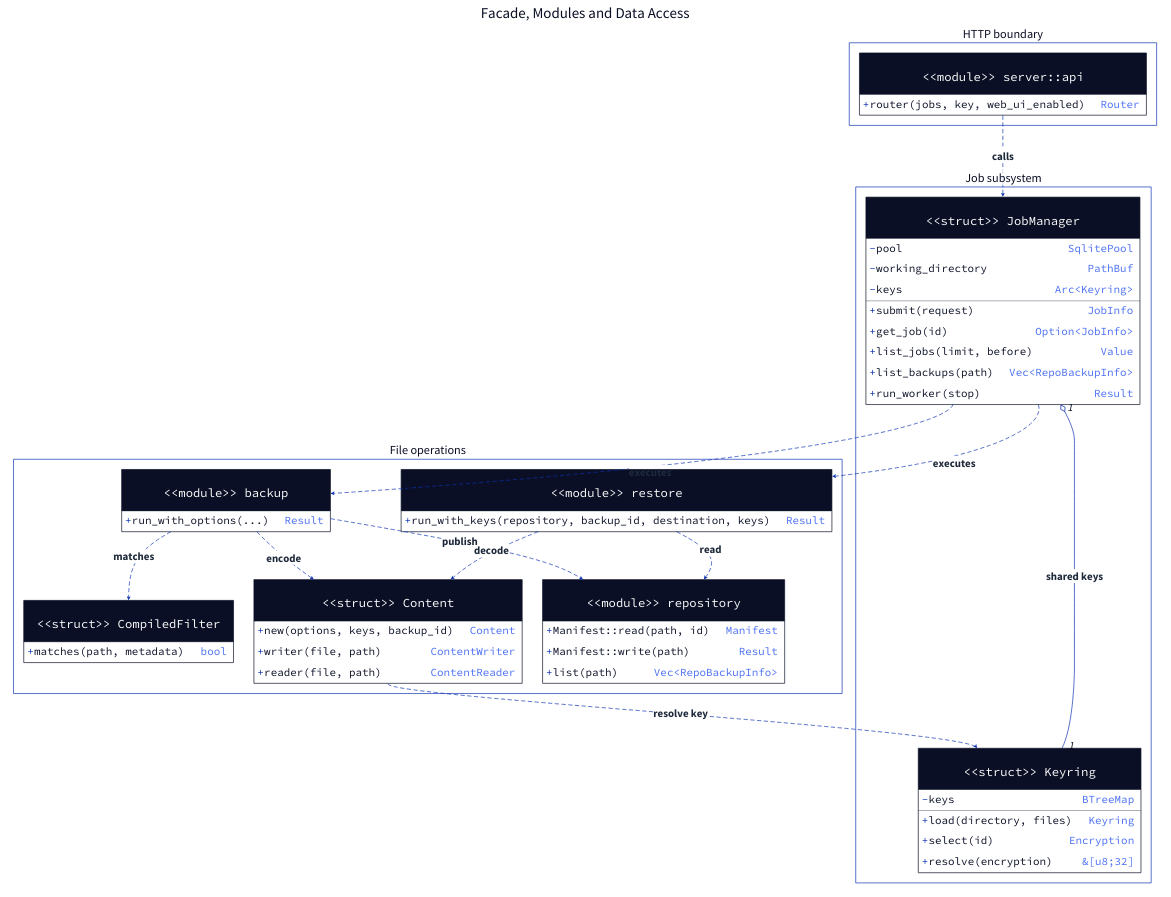
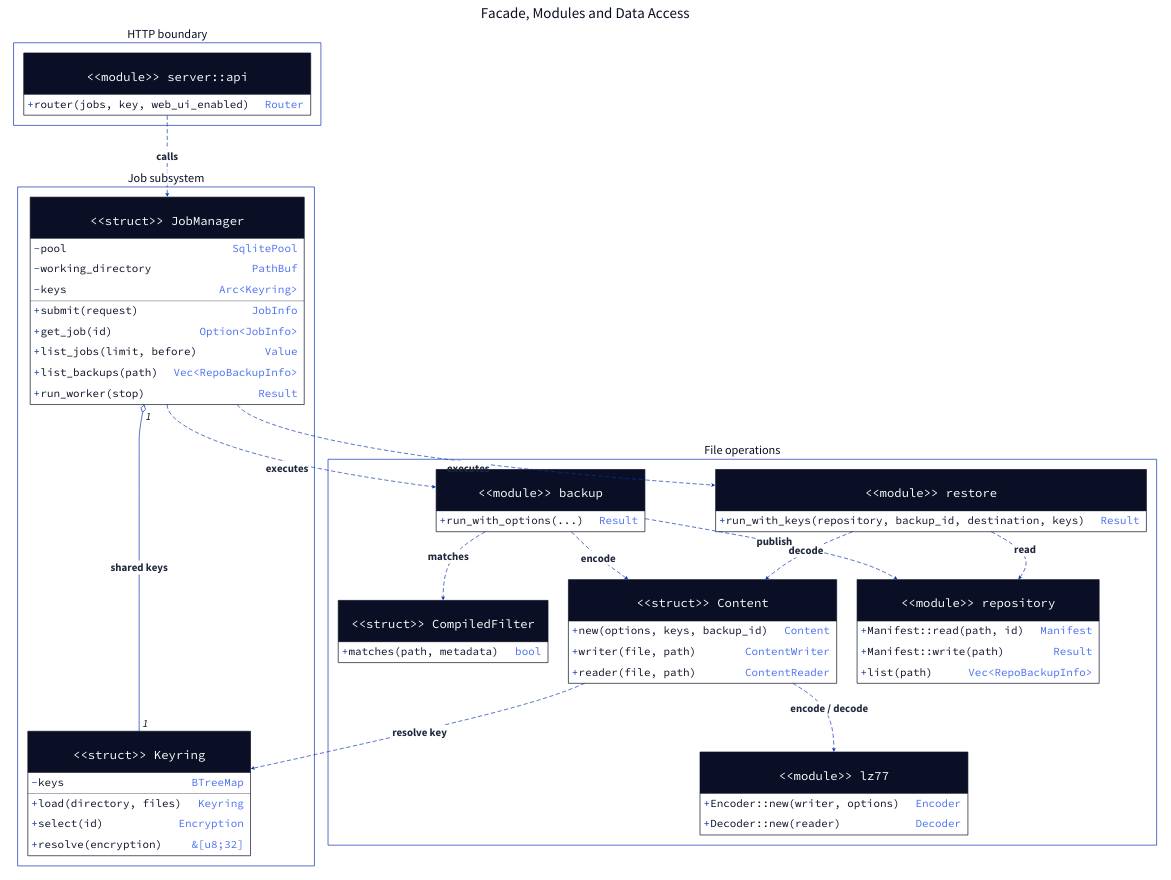
The diagram in docs/report/generated/system-class-services.d2 (qi7876/software-development-exp), drawn with D2 before and after one commit. The commit also changed 40 other files, not shown here.

```diff
--- a/docs/report/generated/system-class-services.d2
+++ b/docs/report/generated/system-class-services.d2
@@ -1,111 +1,120 @@
 # Generated from docs/report/model.yaml; do not edit directly.
 direction: down
 **.style.font-size: 32
 (** -> **)[*].style: {font-size: 32; bold: true; italic: false; font-color: "#1E293B"}
 (** -- **)[*].style: {font-size: 32; bold: true; italic: false; font-color: "#1E293B"}
 (** <- **)[*].style: {font-size: 32; bold: true; italic: false; font-color: "#1E293B"}
 diagram: "Facade, Modules and Data Access" {
   style.font-size: 44
   style.fill: white
   style.stroke: transparent
   package_0: "HTTP boundary" {
     style.font-size: 36
     style.fill: white
     API: "<<module>>\nserver::api" {
       shape: class
       "+ router(jobs, key, web_ui_enabled)": "Router"
     }
   }
   package_1: "Job subsystem" {
     style.font-size: 36
     style.fill: white
     Manager: "<<struct>>\nJobManager" {
       shape: class
       "- pool": "SqlitePool"
       "- working_directory": "PathBuf"
       "- keys": "Arc<Keyring>"
       "+ submit(request)": "JobInfo"
       "+ get_job(id)": "Option<JobInfo>"
       "+ list_jobs(limit, before)": "Value"
       "+ list_backups(path)": "Vec<RepoBackupInfo>"
       "+ run_worker(stop)": "Result"
     }
     Keys: "<<struct>>\nKeyring" {
       shape: class
       "- keys": "BTreeMap"
       "+ load(directory, files)": "Keyring"
       "+ select(id)": "Encryption"
       "+ resolve(encryption)": "&[u8;32]"
     }
   }
   package_2: "File operations" {
     style.font-size: 36
     style.fill: white
     Filter: "<<struct>>\nCompiledFilter" {
       shape: class
       "+ matches(path, metadata)": "bool"
     }
     Content: "<<struct>>\nContent" {
       shape: class
       "+ new(options, keys, backup_id)": "Content"
       "+ writer(file, path)": "ContentWriter"
       "+ reader(file, path)": "ContentReader"
     }
     Backup: "<<module>>\nbackup" {
       shape: class
       "+ run_with_options(...)": "Result"
     }
     Restore: "<<module>>\nrestore" {
       shape: class
       "+ run_with_keys(repository, backup_id, destination, keys)": "Result"
     }
     Repo: "<<module>>\nrepository" {
       shape: class
       "+ Manifest::read(path, id)": "Manifest"
       "+ Manifest::write(path)": "Result"
       "+ list(path)": "Vec<RepoBackupInfo>"
     }
+    Lz77: "<<module>>\nlz77" {
+      shape: class
+      "+ Encoder::new(writer, options)": "Encoder"
+      "+ Decoder::new(reader)": "Decoder"
+    }
   }
   package_0.API -> package_1.Manager: "calls" {
     target-arrowhead.shape: arrow
     style.stroke-dash: 5
   }
   package_1.Manager <- package_1.Keys: "shared keys" {
     source-arrowhead.label: "1"
     target-arrowhead.label: "1"
     source-arrowhead.shape: diamond
     source-arrowhead.style.filled: false
   }
   package_1.Manager -> package_2.Backup: "executes" {
     target-arrowhead.shape: arrow
     style.stroke-dash: 5
   }
   package_1.Manager -> package_2.Restore: "executes" {
     target-arrowhead.shape: arrow
     style.stroke-dash: 5
   }
   package_2.Backup -> package_2.Filter: "matches" {
     target-arrowhead.shape: arrow
     style.stroke-dash: 5
   }
   package_2.Backup -> package_2.Content: "encode" {
     target-arrowhead.shape: arrow
     style.stroke-dash: 5
   }
   package_2.Restore -> package_2.Content: "decode" {
     target-arrowhead.shape: arrow
     style.stroke-dash: 5
   }
   package_2.Content -> package_1.Keys: "resolve key" {
     target-arrowhead.shape: arrow
     style.stroke-dash: 5
   }
   package_2.Backup -> package_2.Repo: "publish" {
     target-arrowhead.shape: arrow
     style.stroke-dash: 5
   }
   package_2.Restore -> package_2.Repo: "read" {
     target-arrowhead.shape: arrow
     style.stroke-dash: 5
   }
+  package_2.Content -> package_2.Lz77: "encode / decode" {
+    target-arrowhead.shape: arrow
+    style.stroke-dash: 5
+  }
 }
```
